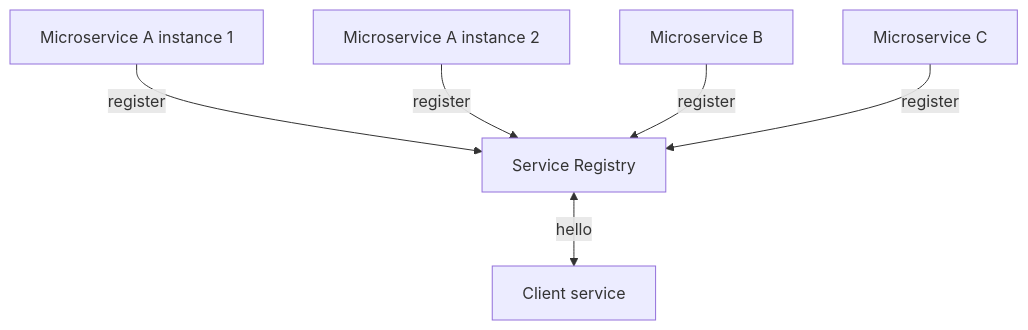
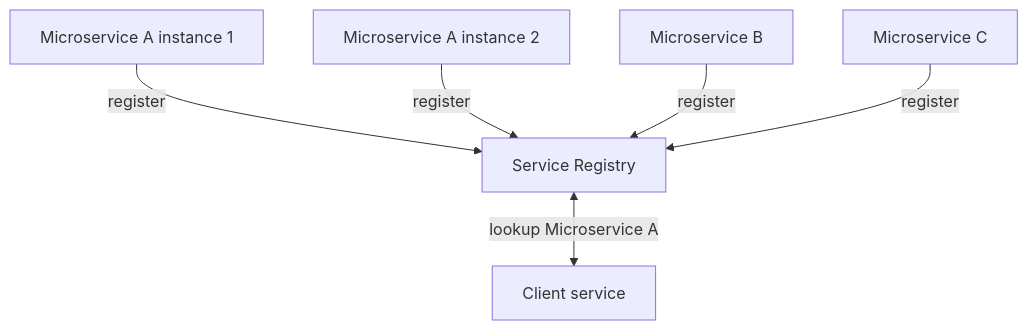
One commit to sonamsamdupkhangsar/sonamsamdupkhangsar.github.io changed the diagram in service-discovery/README.md. Above: the diagram before and after it, drawn with Mermaid.

Commit message:
add service discovery

````diff
--- a/service-discovery/README.md
+++ b/service-discovery/README.md
@@ -8,15 +8,15 @@
 ```mermaid
 flowchart TD   
     A1[Microservice A instance 1]
     A2[Microservice A instance 2]
     B[Microservice B]
     C[Microservice C]
     Eureka[Service Registry]
     D[Client service] 
 
     A1 --> |register| Eureka
     A2 --> |register| Eureka
     B --> |register| Eureka
     C --> |register| Eureka
-    Eureka <-->|hello| D
+    Eureka <-->|lookup Microservice A| D
 ``` 
````
